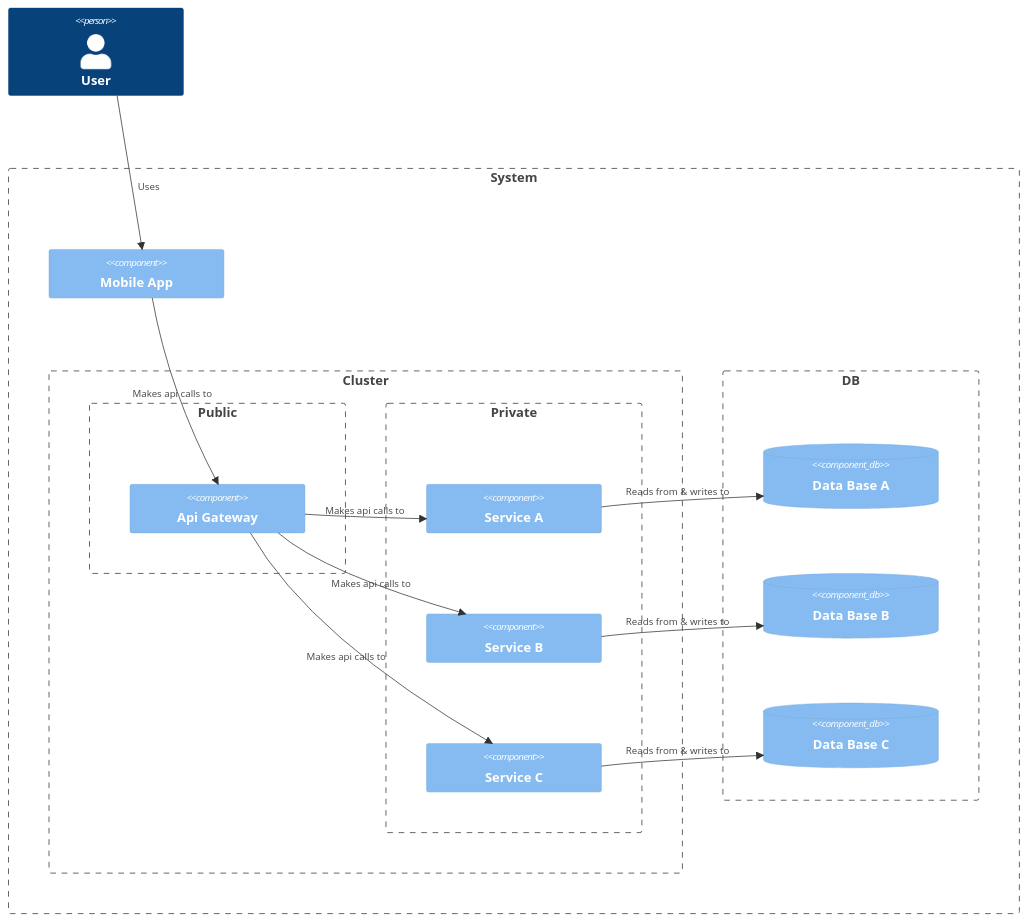
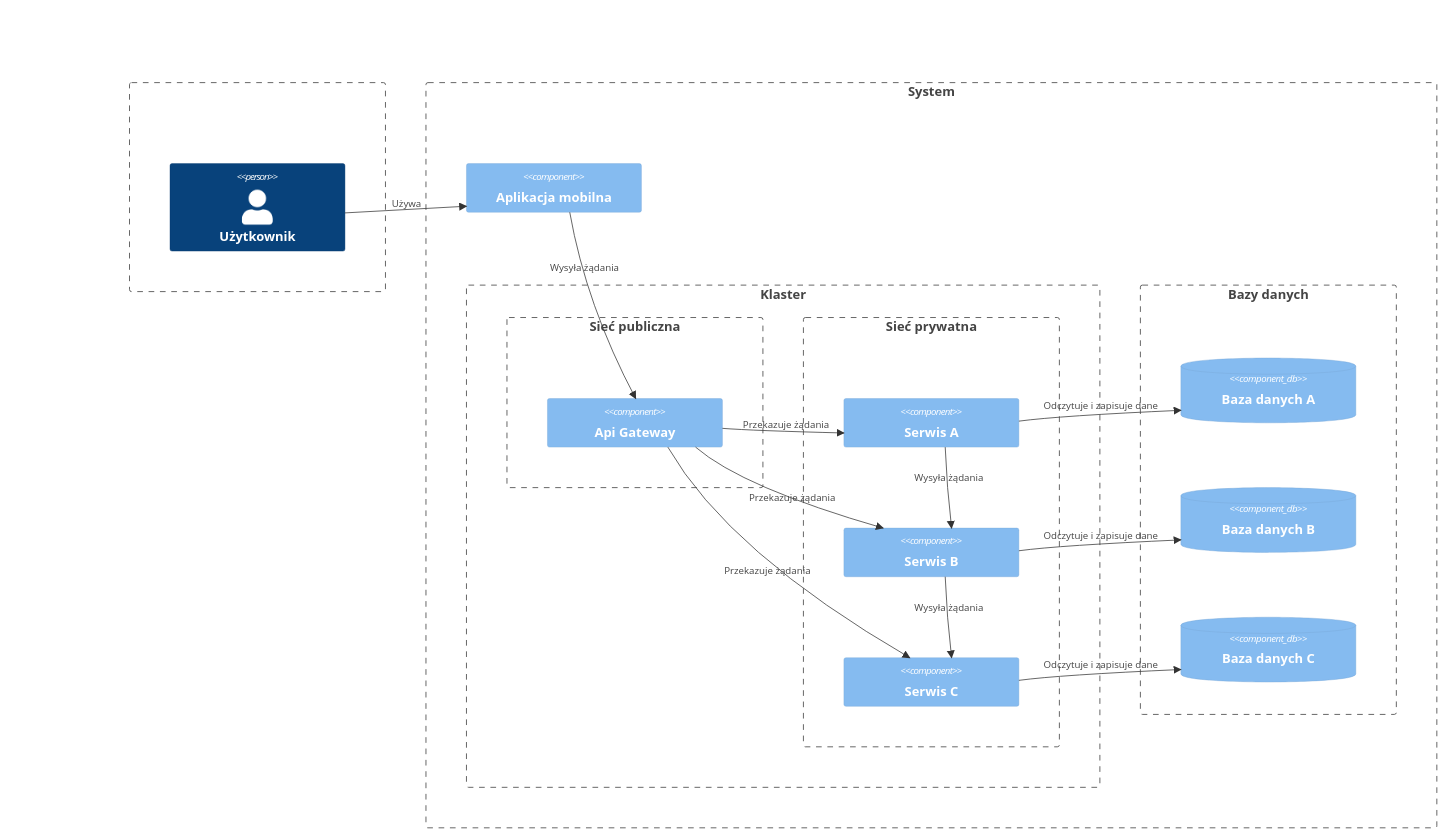
Before and after one commit to Group-Expense-Manager/gem-docs: the first of 11 diagrams in docs/diagrams.md, drawn with Mermaid.

Commit message:
modified diagram

````diff
--- a/docs/diagrams.md
+++ b/docs/diagrams.md
@@ -4,46 +4,61 @@
 ``` mermaid
+
 C4Component
 
-Person(User, "User")
+
+Boundary(Person, "","") {
+    Person(User, "Użytkownik")
+
+}
 
 Boundary(system_boundary, "System","") {
     
-  Component(MobileApp, "Mobile App")
-  Boundary(cluster_boundary, "Cluster", "") {
-    Boundary("public_boundary","Public","") {
+  Component(MobileApp, "Aplikacja mobilna")
+  Boundary(cluster_boundary, "Klaster", "") {
+    Boundary("public_boundary","Sieć publiczna","") {
         Component(ApiGateway, "Api Gateway")
     }
-    Boundary("private_boundary","Private","") {
-        Component(ServiceA, "Service A")
-        Component(ServiceB, "Service B")
-        Component(ServiceC, "Service C")
+    Boundary("private_boundary","Sieć prywatna","") {
+        Component(ServiceA, "Serwis A")
+        Component(ServiceB, "Serwis B")
+        Component(ServiceC, "Serwis C")
     }
 
 
   }
 
-Boundary(db_boundary, "DB", "") {
-    ComponentDb(DBA, "Data Base A")
-    ComponentDb(DBB, "Data Base B")
-    ComponentDb(DBC, "Data Base C")
+Boundary(db_boundary, "Bazy danych", "") {
+    ComponentDb(DBA, "Baza danych A")
+    ComponentDb(DBB, "Baza danych B")
+    ComponentDb(DBC, "Baza danych C")
   }
 
 }
 
-Rel(User, MobileApp, "Uses")
-UpdateRelStyle(User, MobileApp, $offsetY="15", $offsetX="10")
-Rel(MobileApp, ApiGateway, "Makes api calls to")
-UpdateRelStyle(MobileApp, ApiGateway, $offsetY="-0", $offsetX="-65")
-Rel(ApiGateway, ServiceA, "Makes api calls to")
+
+
+Rel(User, MobileApp, "Używa")
+UpdateRelStyle(User, MobileApp, $offsetY="-10", $offsetX="-17")
+Rel(MobileApp, ApiGateway, "Wysyła żądania")
+UpdateRelStyle(MobileApp, ApiGateway, $offsetY="-50", $offsetX="-65")
+Rel(ApiGateway, ServiceA, "Przekazuje żądania")
 UpdateRelStyle(ApiGateway, ServiceA, $offsetY="-10", $offsetX="-50")
-Rel(ApiGateway, ServiceB, "Makes api calls to")
+Rel(ApiGateway, ServiceB, "Przekazuje żądania")
 UpdateRelStyle(ApiGateway, ServiceB, $offsetY="10", $offsetX="-50")
-Rel(ApiGateway, ServiceC, "Makes api calls to")
+Rel(ApiGateway, ServiceC, "Przekazuje żądania")
 UpdateRelStyle(ApiGateway, ServiceC, $offsetY="20", $offsetX="-80")
-Rel(ServiceA,DBA, "Reads from & writes to")
+
+Rel(ServiceA,ServiceB, "Wysyła żądania")
+UpdateRelStyle(ServiceA, ServiceB, $offsetY="-15", $offsetX="-42")
+Rel(ServiceB,ServiceC, "Wysyła żądania")
+UpdateRelStyle(ServiceB, ServiceC, $offsetY="-15", $offsetX="-42")
+
+
+Rel(ServiceA,DBA, "Odczytuje i zapisuje dane")
 UpdateRelStyle(ServiceA, DBA, $offsetY="-15", $offsetX="-70")
-Rel(ServiceB,DBB, "Reads from & writes to")
+Rel(ServiceB,DBB, "Odczytuje i zapisuje dane")
 UpdateRelStyle(ServiceB, DBB, $offsetY="-15", $offsetX="-70")
-Rel(ServiceC,DBC, "Reads from & writes to")
+Rel(ServiceC,DBC, "Odczytuje i zapisuje dane")
 UpdateRelStyle(ServiceC, DBC, $offsetY="-15", $offsetX="-70")
+
 ```
````
